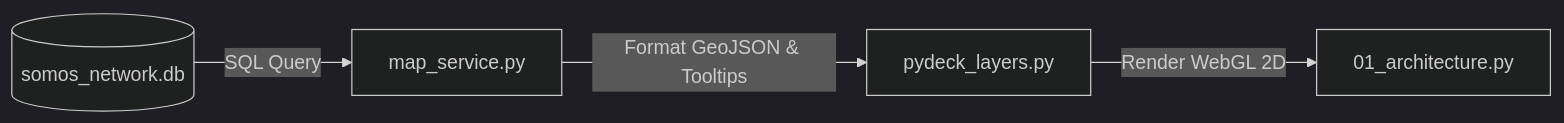
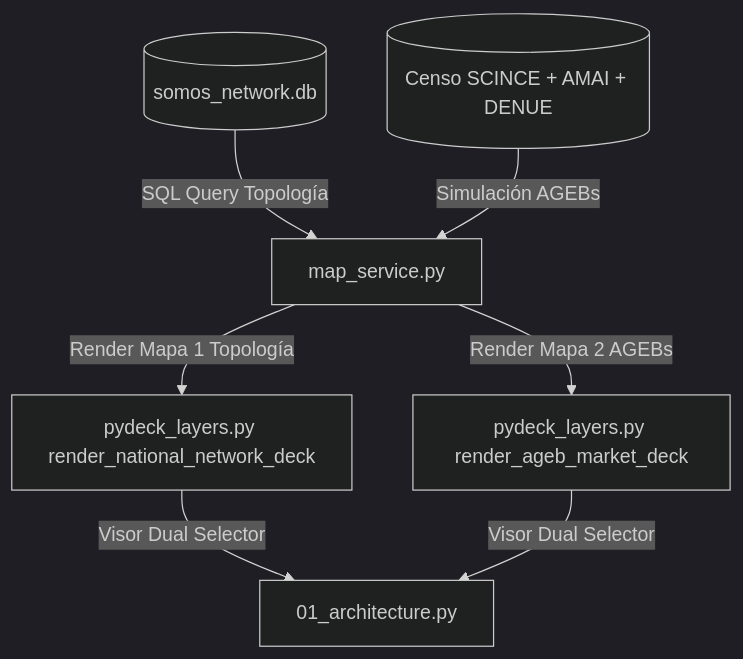
One commit to diegovazapis/somos-internet-expansion changed the first of 10 diagrams in interview_walkthrough.md. Above: the diagram before and after it, drawn with Mermaid (dark theme). The commit also changed other lines of this file and 7 other files, not shown here.

````diff
--- a/interview_walkthrough.md
+++ b/interview_walkthrough.md
@@ -50,6 +57,8 @@
 ```mermaid
-graph LR
-    DB[(somos_network.db)] -->|SQL Query| MapService[map_service.py]
-    MapService -->|Format GeoJSON & Tooltips| PyDeckBuilder[pydeck_layers.py]
-    PyDeckBuilder -->|Render WebGL 2D| StreamlitUI[01_architecture.py]
+graph TD
+    DB[(somos_network.db)] -->|SQL Query Topología| MapService[map_service.py]
+    INEGI[(Censo SCINCE + AMAI + DENUE)] -->|Simulación AGEBs| MapService
+    MapService -->|Render Mapa 1 Topología| PyDeck1[pydeck_layers.py render_national_network_deck]
+    MapService -->|Render Mapa 2 AGEBs| PyDeck2[pydeck_layers.py render_ageb_market_deck]
+    PyDeck1 & PyDeck2 -->|Visor Dual Selector| StreamlitUI[01_architecture.py]
 ```
````
